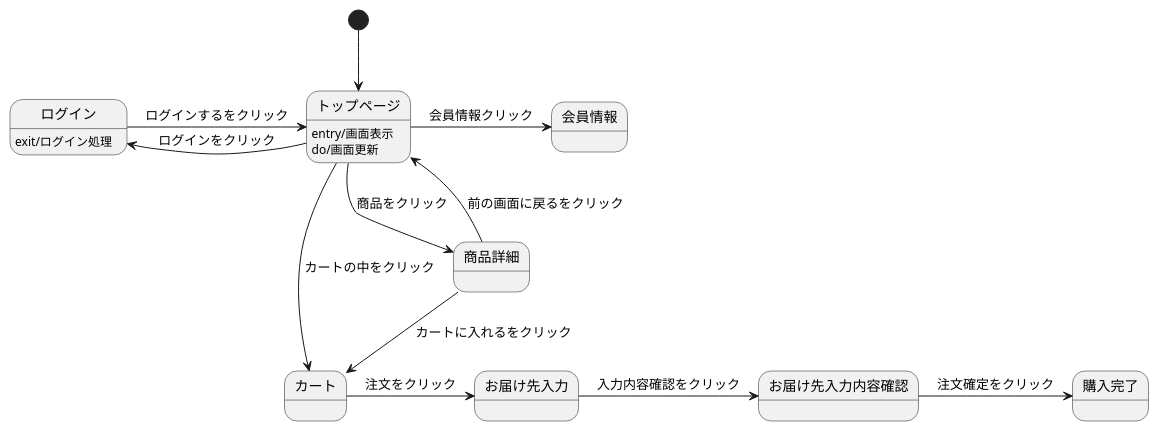
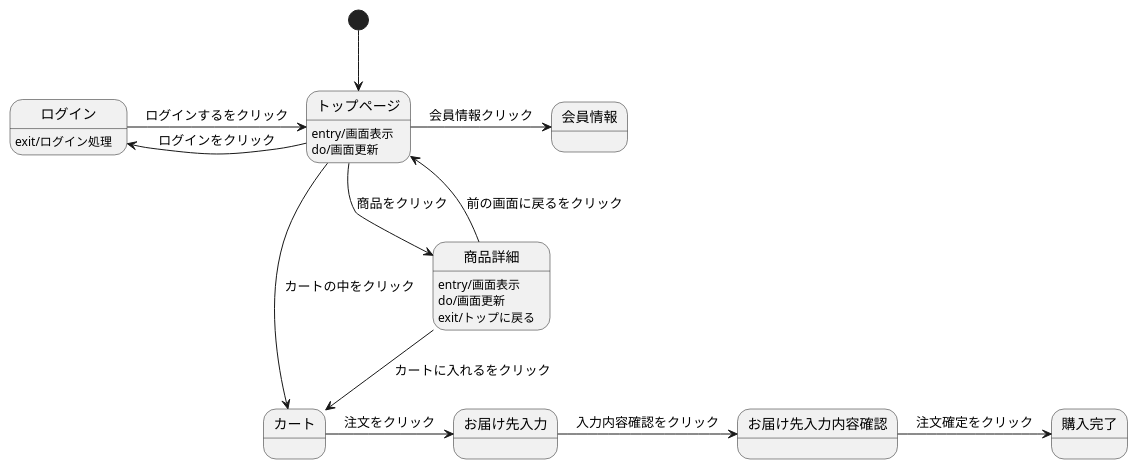
Before and after one commit to aso2001036/2021sys-design: the diagram in stm01.md, drawn with PlantUML.

````diff
--- a/stm01.md
+++ b/stm01.md
@@ -1,20 +1,23 @@
 ```uml
 @startuml
 [*] --> トップページ
 トップページ -> 会員情報 : 会員情報クリック
 トップページ -left-> ログイン : ログインをクリック
 ログイン -> トップページ : ログインするをクリック
 ログイン : exit/ログイン処理
 トップページ --> 商品詳細 : 商品をクリック
 トップページ --> カート : カートの中をクリック
 トップページ : entry/画面表示
 トップページ : do/画面更新
 商品詳細 --> カート : カートに入れるをクリック
 商品詳細 --> トップページ : 前の画面に戻るをクリック
+商品詳細 : entry/画面表示
+商品詳細 : do/画面更新
+商品詳細 : exit/トップに戻る
 カート -> お届け先入力 : 注文をクリック
 お届け先入力 -> お届け先入力内容確認 : 入力内容確認をクリック
 お届け先入力内容確認 -> 購入完了 : 注文確定をクリック
 @enduml
 
 
 ```
````
